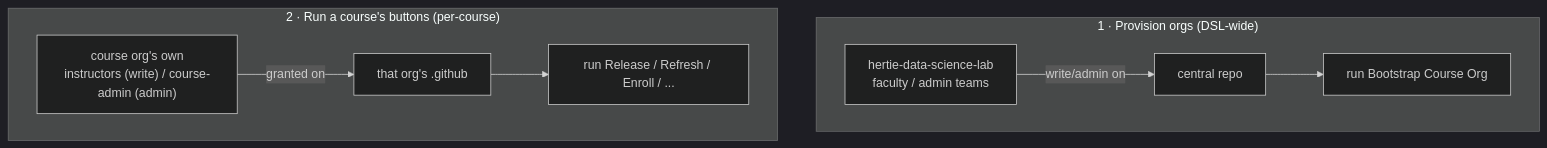
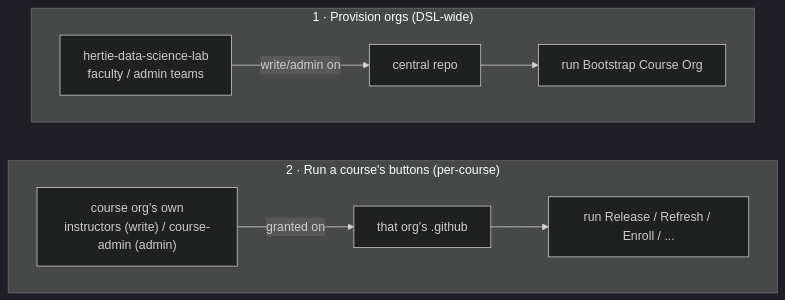
Before and after one commit to hertie-data-science-lab/dsl-teaching-course-setup: the third of 9 diagrams in docs/ARCHITECTURE.md, drawn with Mermaid (dark theme). The commit also changed other lines of this file and 10 other files, not shown here.

````diff
--- a/docs/ARCHITECTURE.md
+++ b/docs/ARCHITECTURE.md
@@ -90,9 +90,10 @@
 ```mermaid
 flowchart TD
   subgraph prov["1 · Provision orgs (DSL-wide)"]
     ct["hertie-data-science-lab<br/>faculty / admin teams"] -->|"write/admin on"| cr["central repo"] --> ba["run Bootstrap Course Org"]
   end
   subgraph run["2 · Run a course's buttons (per-course)"]
     it["course org's own<br/>instructors (write) / course-admin (admin)"] -->|"granted on"| gh["that org's .github"] --> rb["run Release / Refresh / Enroll / ..."]
   end
+  prov ~~~ run
 ```
````
